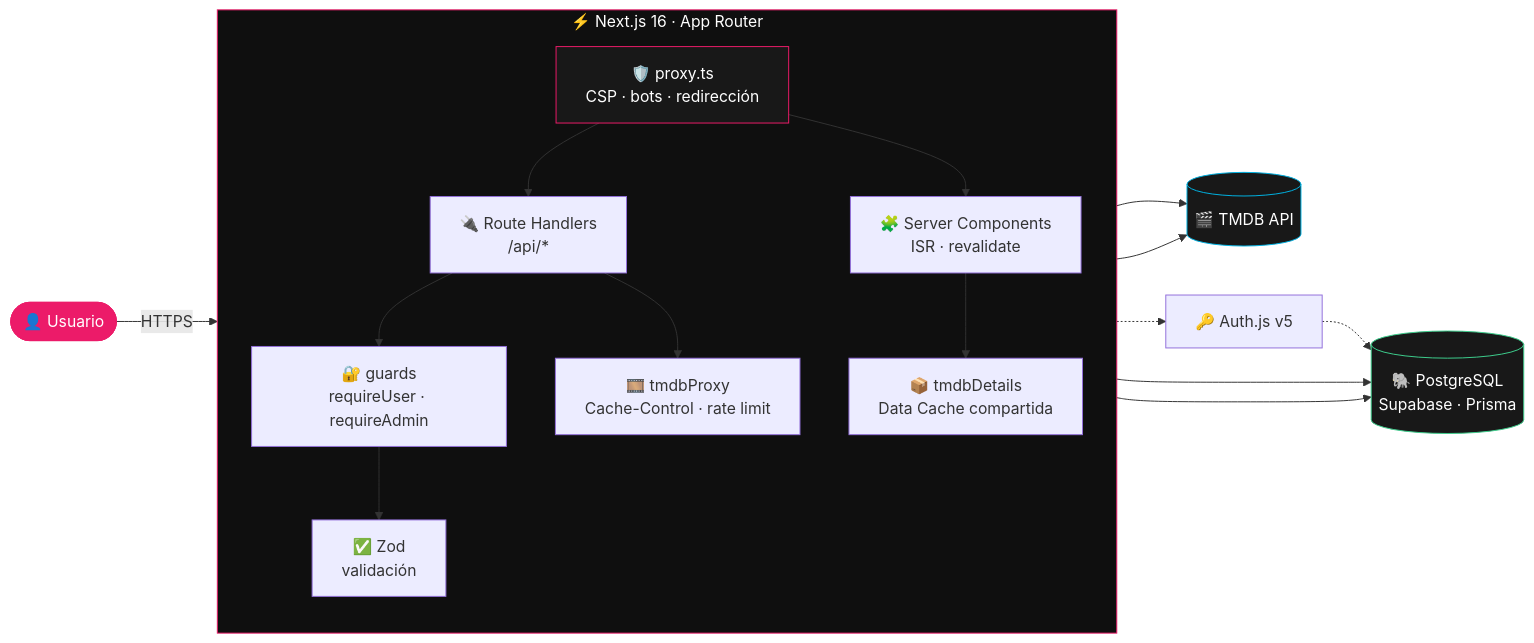
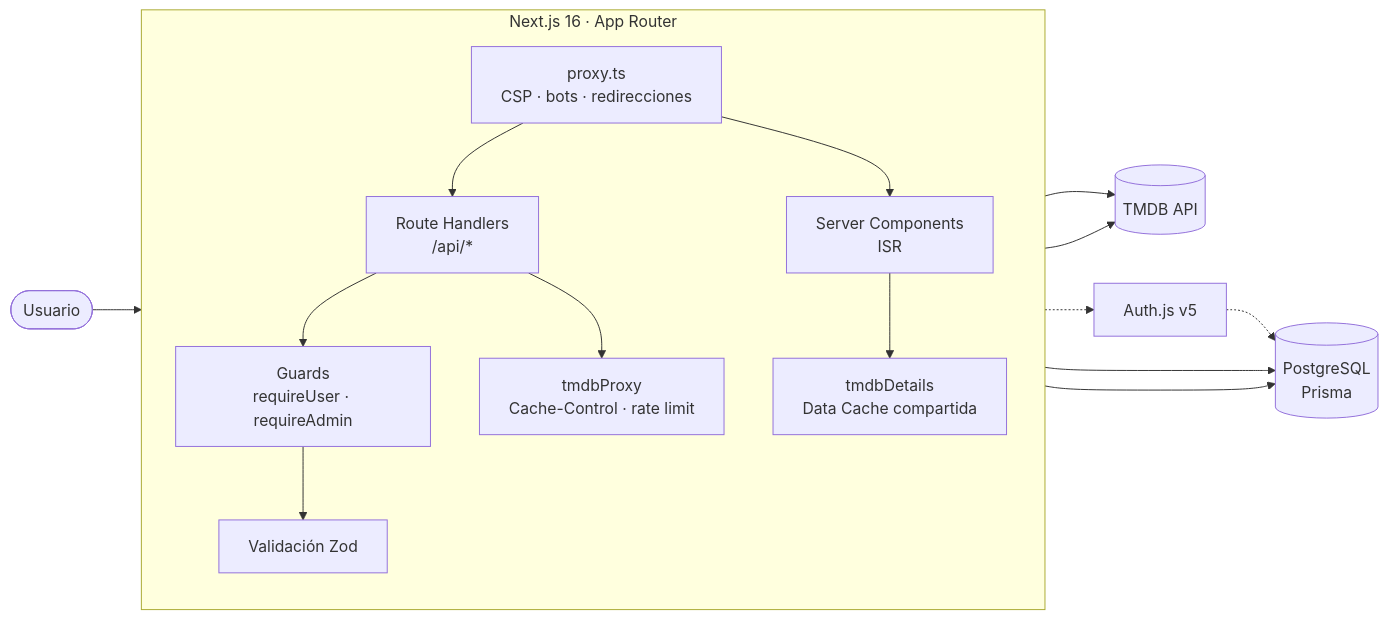
The first of 2 diagrams in README.md (Pixela-studio/Pixela), drawn with Mermaid before and after one commit. The commit also changed other lines of this file and 8 other files, not shown here.

````diff
--- a/README.md
+++ b/README.md
@@ -144,27 +105,21 @@
 ```mermaid
 flowchart LR
-    U(["👤 Usuario"]) -->|HTTPS| P["🛡️ proxy.ts<br/>CSP · bots · redirección"]
+    U([Usuario]) --> P[proxy.ts<br/>CSP · bots · redirecciones]
 
-    subgraph NEXT["⚡ Next.js 16 · App Router"]
+    subgraph NEXT [Next.js 16 · App Router]
         direction TB
-        P --> RSC["🧩 Server Components<br/>ISR · revalidate"]
-        P --> API["🔌 Route Handlers<br/>/api/*"]
-        API --> G["🔐 guards<br/>requireUser · requireAdmin"]
-        G --> Z["✅ Zod<br/>validación"]
-        API --> TP["🎞️ tmdbProxy<br/>Cache-Control · rate limit"]
-        RSC --> TD["📦 tmdbDetails<br/>Data Cache compartida"]
+        P --> RSC[Server Components<br/>ISR]
+        P --> API[Route Handlers<br/>/api/*]
+        API --> G[Guards<br/>requireUser · requireAdmin]
+        G --> Z[Validación Zod]
+        API --> TP[tmdbProxy<br/>Cache-Control · rate limit]
+        RSC --> TD[tmdbDetails<br/>Data Cache compartida]
     end
 
-    Z --> DB[("🐘 PostgreSQL<br/>Supabase · Prisma")]
+    Z --> DB[(PostgreSQL<br/>Prisma)]
     RSC --> DB
-    TP --> TMDB[("🎬 TMDB API")]
+    TP --> TMDB[(TMDB API)]
     TD --> TMDB
-    API -.-> AUTH["🔑 Auth.js v5"]
+    API -.-> AUTH[Auth.js v5]
     AUTH -.-> DB
-
-    style U fill:#EC1B69,stroke:#EC1B69,color:#fff
-    style P fill:#181818,stroke:#EC1B69,color:#fff
-    style NEXT fill:#0F0F0F,stroke:#EC1B69,color:#fff
-    style DB fill:#181818,stroke:#3ECF8E,color:#fff
-    style TMDB fill:#181818,stroke:#01B4E4,color:#fff
 ```
````
